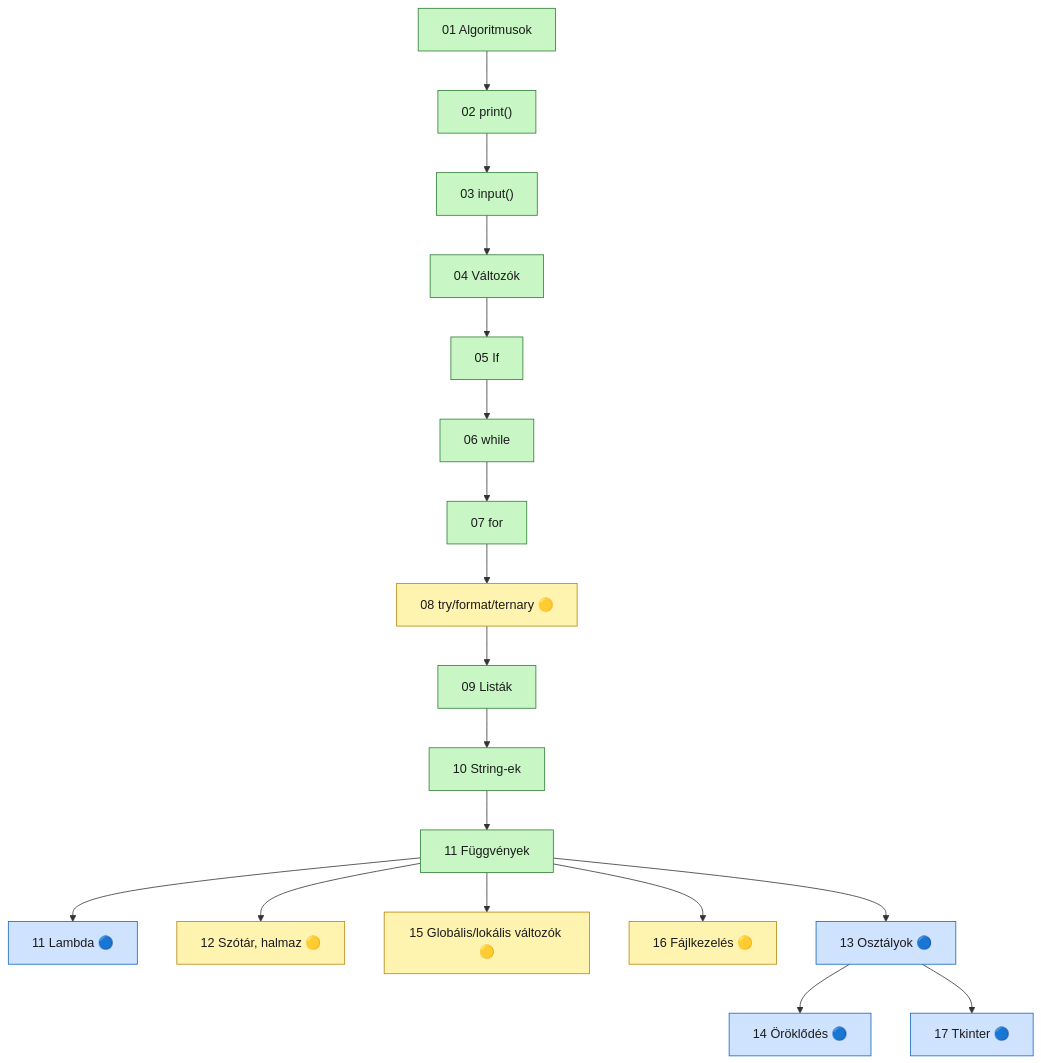
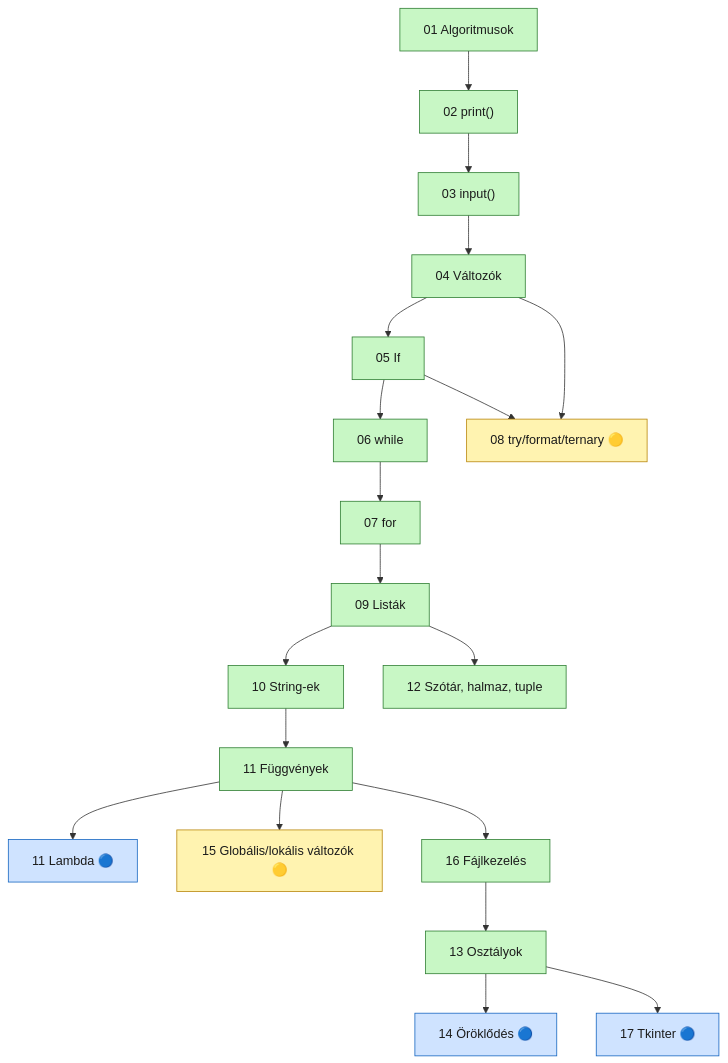
One commit to SpsKnSK/api changed the diagram in Lessons_hu/00_Terkep_hu.md. Above: the diagram before and after it, drawn with Mermaid. The commit also changed other lines of this file and 19 other files, not shown here.

````diff
--- a/Lessons_hu/00_Terkep_hu.md
+++ b/Lessons_hu/00_Terkep_hu.md
@@ -7,27 +11,28 @@
 ```mermaid
 flowchart TD
     A["01 Algoritmusok"] --> B["02 print()"]
     B --> C["03 input()"]
     C --> D["04 Változók"]
     D --> E["05 If"]
     E --> F["06 while"]
     F --> G["07 for"]
-    G --> H["08 try/format/ternary 🟡"]
-    H --> I["09 Listák"]
+    D --> H["08 try/format/ternary 🟡"]
+    E --> H
+    G --> I["09 Listák"]
     I --> J["10 String-ek"]
     J --> K["11 Függvények"]
     K --> L["11 Lambda 🔵"]
-    K --> M["12 Szótár, halmaz 🟡"]
+    I --> M["12 Szótár, halmaz, tuple"]
     K --> N["15 Globális/lokális változók 🟡"]
-    K --> O["16 Fájlkezelés 🟡"]
-    K --> P["13 Osztályok 🔵"]
+    K --> O["16 Fájlkezelés"]
+    O --> P["13 Osztályok"]
     P --> Q["14 Öröklődés 🔵"]
     P --> R["17 Tkinter 🔵"]
 
     classDef alap fill:#c8f7c5,stroke:#2e7d32,color:#1b1b1b;
     classDef extra fill:#fff3b0,stroke:#b8860b,color:#1b1b1b;
     classDef opcio fill:#cfe3ff,stroke:#1565c0,color:#1b1b1b;
-    class A,B,C,D,E,F,G,I,J,K alap;
-    class H,M,N,O extra;
-    class L,P,Q,R opcio;
+    class A,B,C,D,E,F,G,I,J,K,M,O,P alap;
+    class H,N extra;
+    class L,Q,R opcio;
 ```
````
